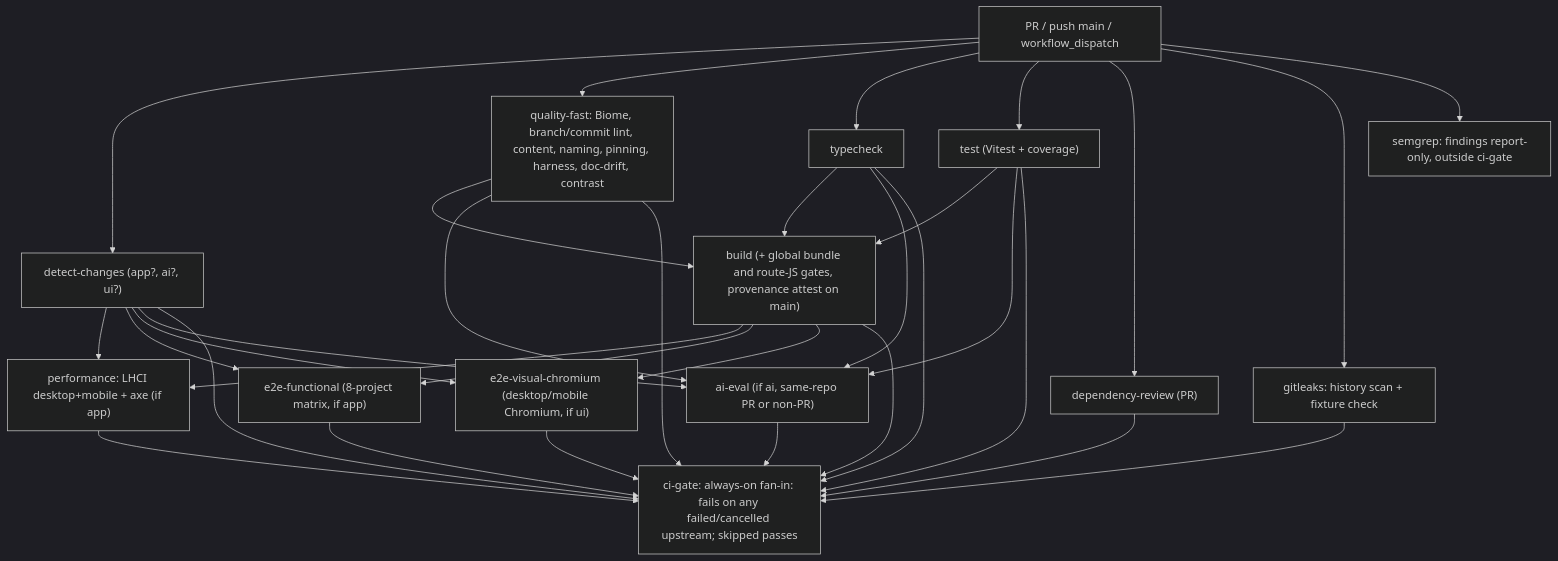
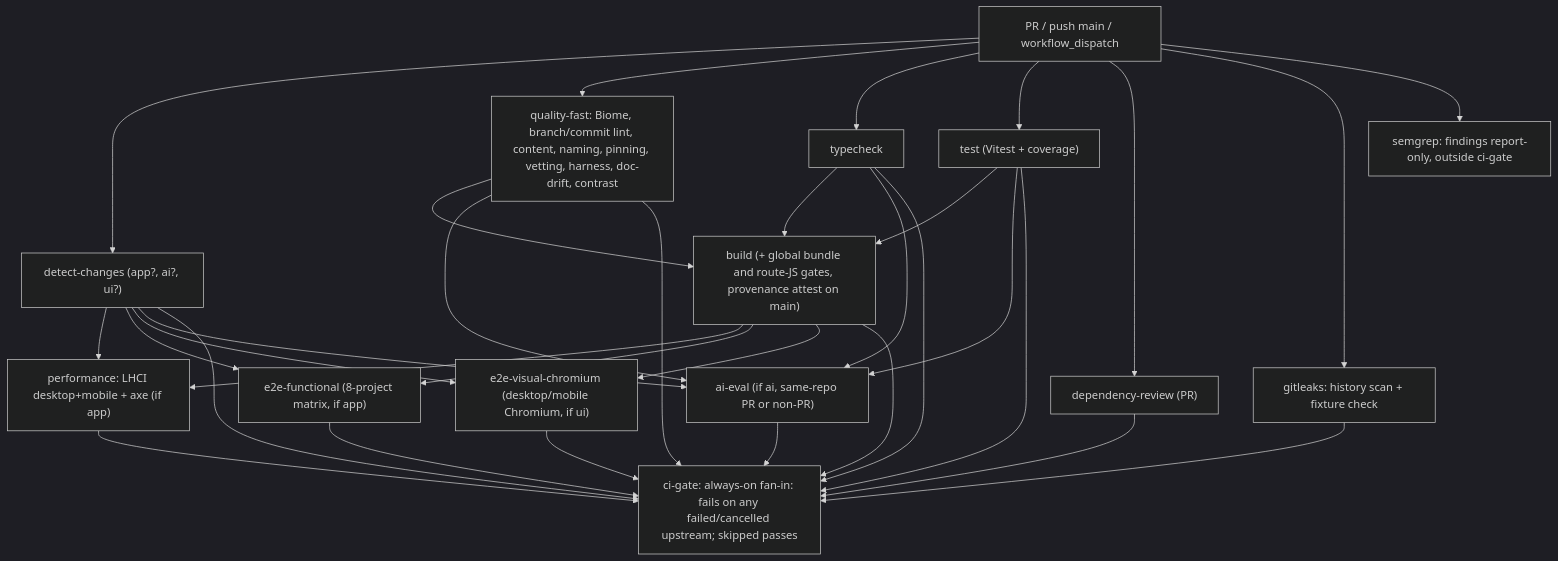
One commit to erikunha/portfolio changed the third of 4 diagrams in docs/07-workflows.md. Above: the diagram before and after it, drawn with Mermaid (dark theme). The commit also changed other lines of this file and 9 other files, not shown here.

````diff
--- a/docs/07-workflows.md
+++ b/docs/07-workflows.md
@@ -137,35 +140,35 @@
 ```mermaid
 flowchart TD
     pr["PR / push main / workflow_dispatch"] --> dc["detect-changes (app?, ai?, ui?)"]
-    pr --> qf["quality-fast: Biome, branch/commit lint, content, naming, pinning, harness, doc-drift, contrast"]
+    pr --> qf["quality-fast: Biome, branch/commit lint, content, naming, pinning, vetting, harness, doc-drift, contrast"]
     pr --> tc["typecheck"]
     pr --> t["test (Vitest + coverage)"]
     pr --> dr["dependency-review (PR)"]
     qf --> b["build (+ global bundle and route-JS gates, provenance attest on main)"]
     tc --> b
     t --> b
     b --> perf["performance: LHCI desktop+mobile + axe (if app)"]
     b --> e2e["e2e-functional (8-project matrix, if app)"]
     b --> vis["e2e-visual-chromium (desktop/mobile Chromium, if ui)"]
     dc --> perf
     dc --> e2e
     dc --> vis
     dc --> ev["ai-eval (if ai, same-repo PR or non-PR)"]
     qf --> ev
     tc --> ev
     t --> ev
     pr --> secrets["gitleaks: history scan + fixture check"]
     secrets --> gate
     pr --> semgrep["semgrep: findings report-only, outside ci-gate"]
     dc --> gate
     qf --> gate
     tc --> gate
     t --> gate
     dr --> gate
     b --> gate
     perf --> gate
     e2e --> gate
     vis --> gate
     ev --> gate
     gate["ci-gate: always-on fan-in: fails on any failed/cancelled upstream; skipped passes"]
 ```
````
